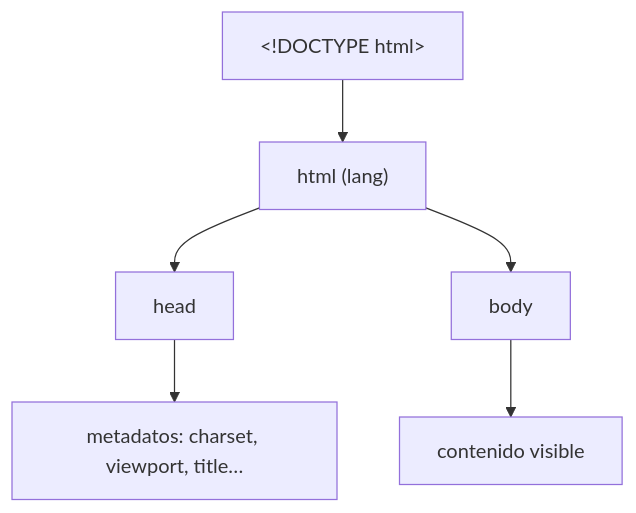
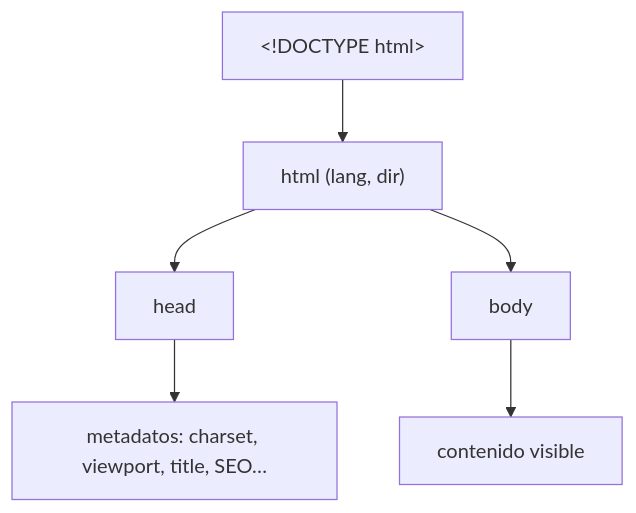
One commit to Pineapple-Mikael-Engineer/Frontend_Obsidian changed the diagram in HTML/01 Estructura Documento/index.md. Above: the diagram before and after it, drawn with Mermaid. The commit also changed other lines of this file and 35 other files, not shown here.

````diff
--- a/HTML/01 Estructura Documento/index.md
+++ b/HTML/01 Estructura Documento/index.md
@@ -47,8 +55,8 @@
 ```mermaid
 graph TD
-  D["#lt;!DOCTYPE html#gt;"] --> H["html (lang)"]
+  D["#lt;!DOCTYPE html#gt;"] --> H["html (lang, dir)"]
   H --> HE[head]
   H --> BO[body]
-  HE --> M["metadatos: charset, viewport, title…"]
+  HE --> M["metadatos: charset, viewport, title, SEO…"]
   BO --> C[contenido visible]
 ```
````
